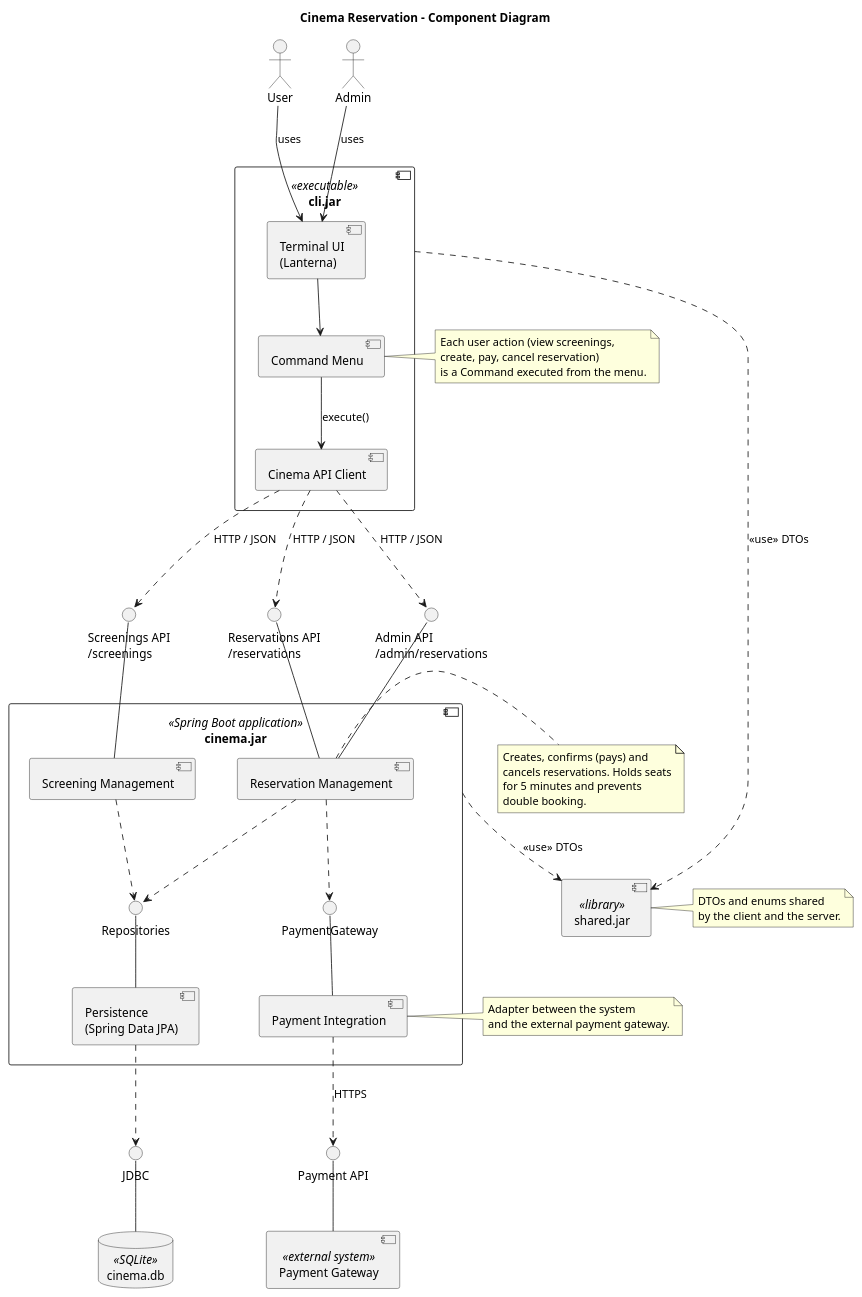
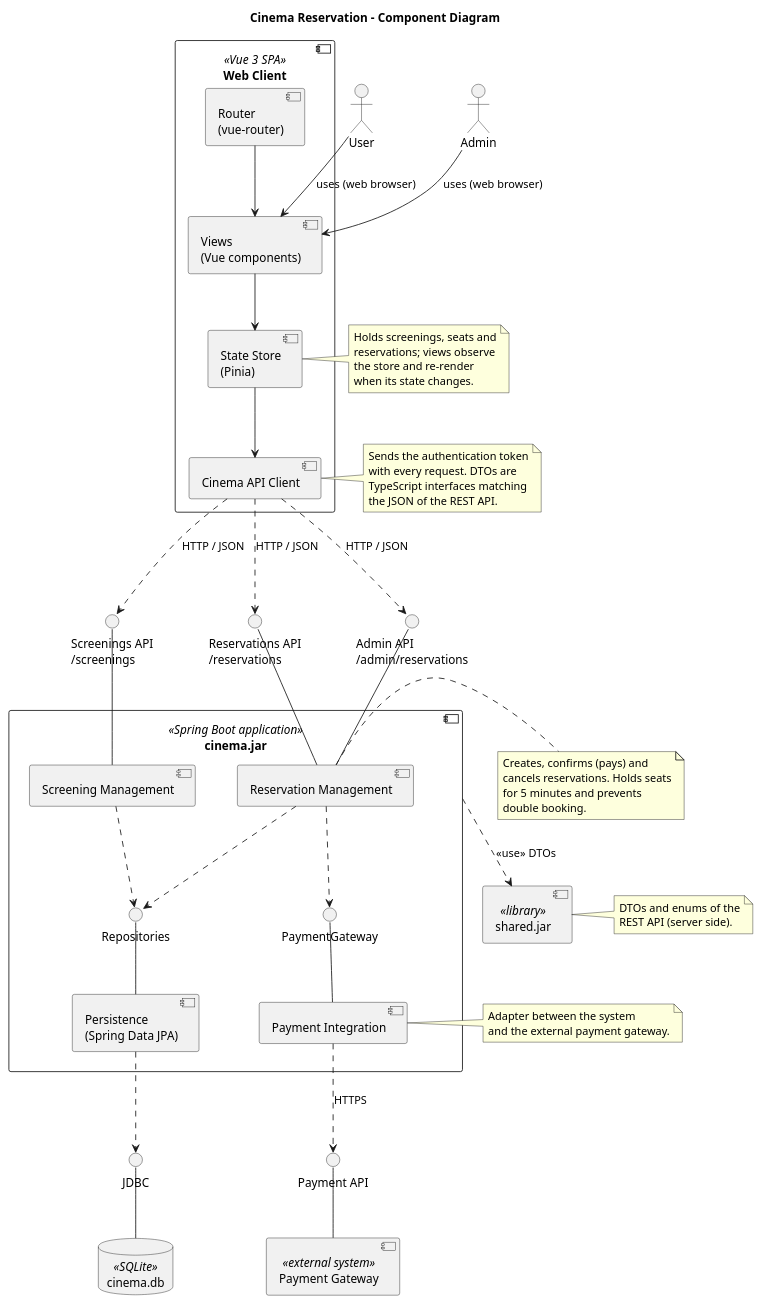
Before and after one commit to MatinoTekkit/swi_cinema: the diagram in diagrams/Component/ComponentDiagram.puml, drawn with PlantUML. The commit also changed 6 other files, not shown here.

Commit message:
fe should be web client

```diff
--- a/diagrams/Component/ComponentDiagram.puml
+++ b/diagrams/Component/ComponentDiagram.puml
@@ -1,100 +1,109 @@
 @startuml ComponentDiagram
 
 title Cinema Reservation - Component Diagram
 
 skinparam componentStyle uml2
 skinparam shadowing false
 skinparam nodesep 50
 skinparam ranksep 60
 
 actor User
 actor Admin
 
 
-component "cli.jar" <<executable>> as Cli {
-    component "Terminal UI\n(Lanterna)" as Tui
-    component "Command Menu" as CommandMenu
+component "Web Client" <<Vue 3 SPA>> as Web {
+    component "Views\n(Vue components)" as Views
+    component "Router\n(vue-router)" as Router
+    component "State Store\n(Pinia)" as Store
     component "Cinema API Client" as ApiClient
 }
 
 
 component "shared.jar" <<library>> as Shared
 
 
 interface "Screenings API\n/screenings" as IScreenings
 interface "Reservations API\n/reservations" as IReservations
 interface "Admin API\n/admin/reservations" as IAdmin
 
 component "cinema.jar" <<Spring Boot application>> as Server {
     component "Screening Management" as ScreeningMgmt
     component "Reservation Management" as ReservationMgmt
     component "Payment Integration" as PaymentIntegration
     component "Persistence\n(Spring Data JPA)" as Persistence
 
     interface "PaymentGateway" as IPaymentGateway
     interface "Repositories" as IRepositories
 }
 
 
 interface "JDBC" as IJdbc
 database "cinema.db" <<SQLite>> as Db
 
 interface "Payment API" as IPaymentApi
 component "Payment Gateway" <<external system>> as ExternalGateway
 
 
-User --> Tui : uses
-Admin --> Tui : uses
+User --> Views : uses (web browser)
+Admin --> Views : uses (web browser)
 
-Tui --> CommandMenu
-CommandMenu --> ApiClient : execute()
+Router --> Views
+Views --> Store
+Store --> ApiClient
 
 ApiClient ..> IScreenings : HTTP / JSON
 ApiClient ..> IReservations : HTTP / JSON
 ApiClient ..> IAdmin : HTTP / JSON
 
 IScreenings -- ScreeningMgmt
 IReservations -- ReservationMgmt
 IAdmin -- ReservationMgmt
 
 ReservationMgmt ..> IPaymentGateway
 IPaymentGateway -- PaymentIntegration
 
 ScreeningMgmt ..> IRepositories
 ReservationMgmt ..> IRepositories
 IRepositories -- Persistence
 
 Persistence ..> IJdbc
 IJdbc -- Db
 
 PaymentIntegration ..> IPaymentApi : HTTPS
 IPaymentApi -- ExternalGateway
 
-Cli ..> Shared : <<use>> DTOs
 Server ..> Shared : <<use>> DTOs
 
 
-note right of CommandMenu
-    Each user action (view screenings,
-    create, pay, cancel reservation)
-    is a Command executed from the menu.
+note right of Store
+    Holds screenings, seats and
+    reservations; views observe
+    the store and re-render
+    when its state changes.
+end note
+
+note right of ApiClient
+    Sends the authentication token
+    with every request. DTOs are
+    TypeScript interfaces matching
+    the JSON of the REST API.
 end note
 
 note right of ReservationMgmt
     Creates, confirms (pays) and
     cancels reservations. Holds seats
     for 5 minutes and prevents
     double booking.
 end note
 
 note right of PaymentIntegration
     Adapter between the system
     and the external payment gateway.
 end note
 
 note right of Shared
-    DTOs and enums shared
-    by the client and the server.
+    DTOs and enums of the
+    REST API (server side).
 end note
 
 @enduml
```
